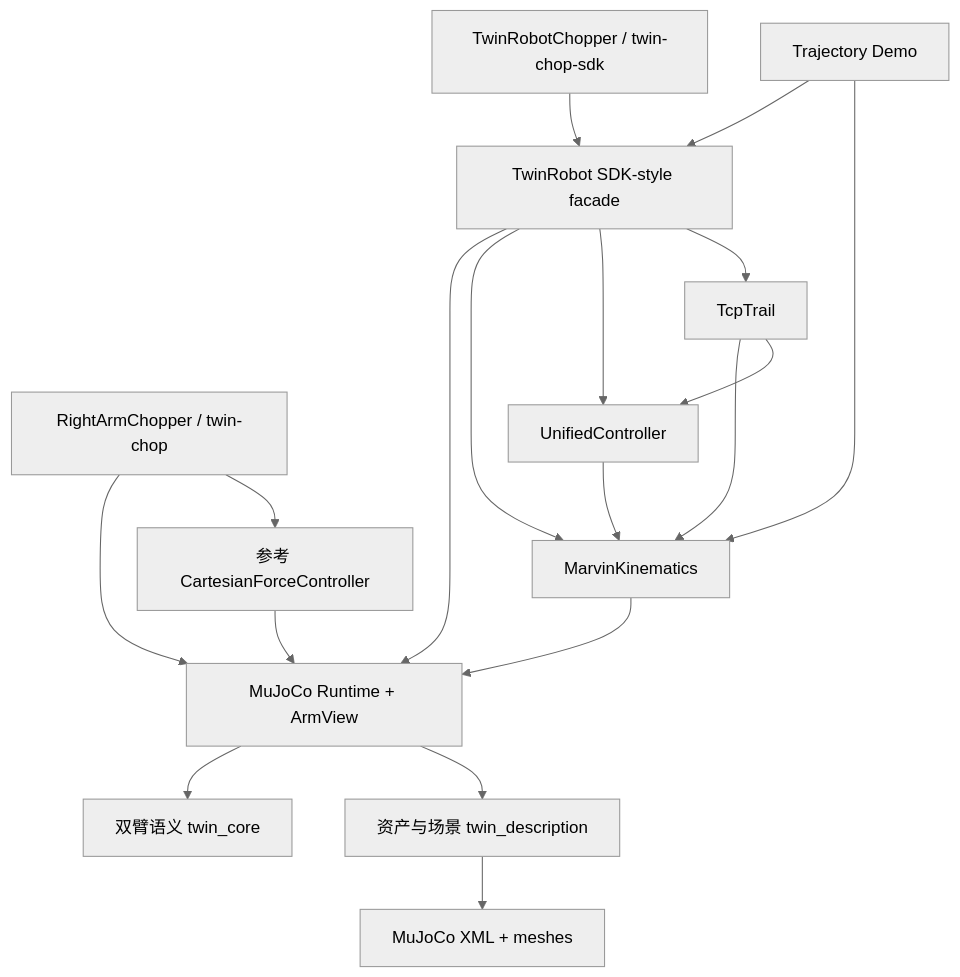
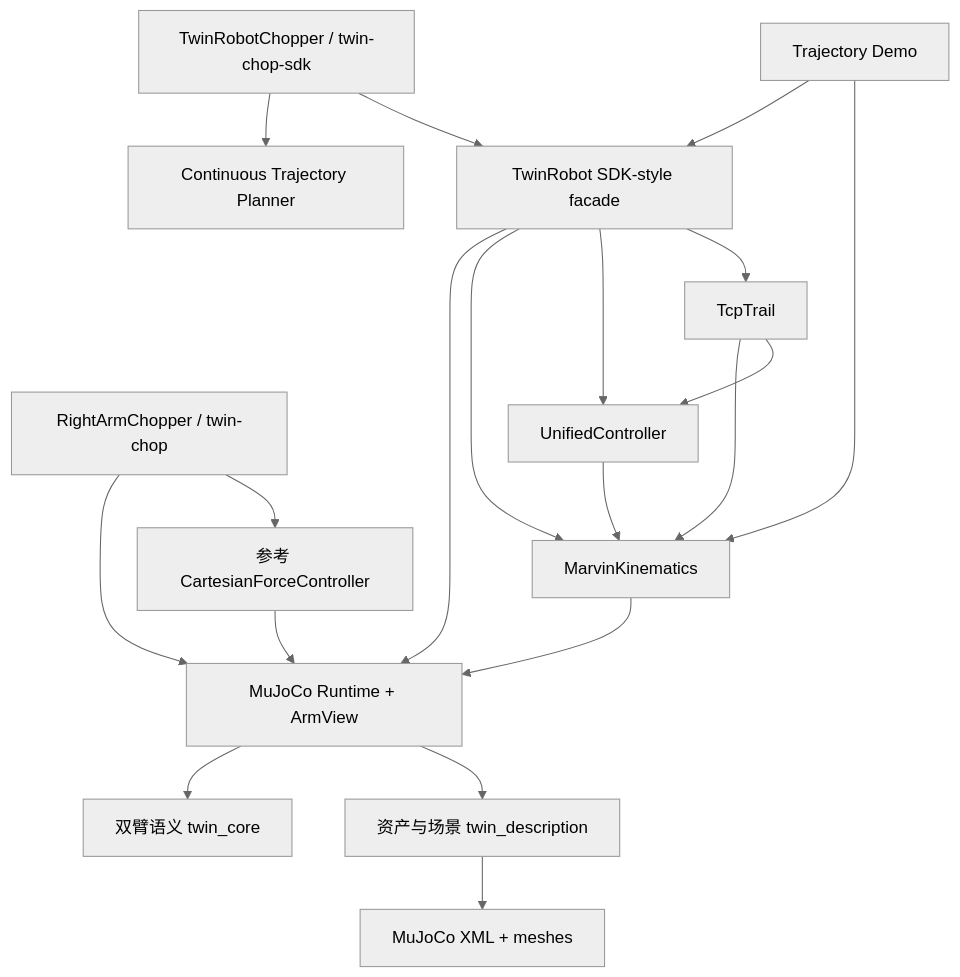
The first of 2 diagrams in docs/ARCHITECTURE.md (timothijoe/tianji_robotic_project), drawn with Mermaid (neutral theme) before and after one commit. The commit also changed other lines of this file and 5 other files, not shown here.

````diff
--- a/docs/ARCHITECTURE.md
+++ b/docs/ARCHITECTURE.md
@@ -119,33 +130,35 @@
 ```mermaid
 flowchart TD
     Core[双臂语义 twin_core]
     Desc[资产与场景 twin_description]
     Runtime[MuJoCo Runtime + ArmView]
     RefCtrl[参考 CartesianForceController]
     RefTask[RightArmChopper / twin-chop]
     Kin[MarvinKinematics]
     Ctrl[UnifiedController]
+    Traj[Continuous Trajectory Planner]
     Robot[TwinRobot SDK-style facade]
     SdkTask[TwinRobotChopper / twin-chop-sdk]
     Demo[Trajectory Demo]
     Trail[TcpTrail]
     Assets[MuJoCo XML + meshes]
 
     Desc --> Assets
     Runtime --> Core
     Runtime --> Desc
     RefCtrl --> Runtime
     RefTask --> Runtime
     RefTask --> RefCtrl
     Kin --> Runtime
     Ctrl --> Kin
     Robot --> Runtime
     Robot --> Kin
     Robot --> Ctrl
     Robot --> Trail
+    SdkTask --> Traj
     SdkTask --> Robot
     Demo --> Robot
     Demo --> Kin
     Trail --> Kin
     Trail --> Ctrl
 ```
````
